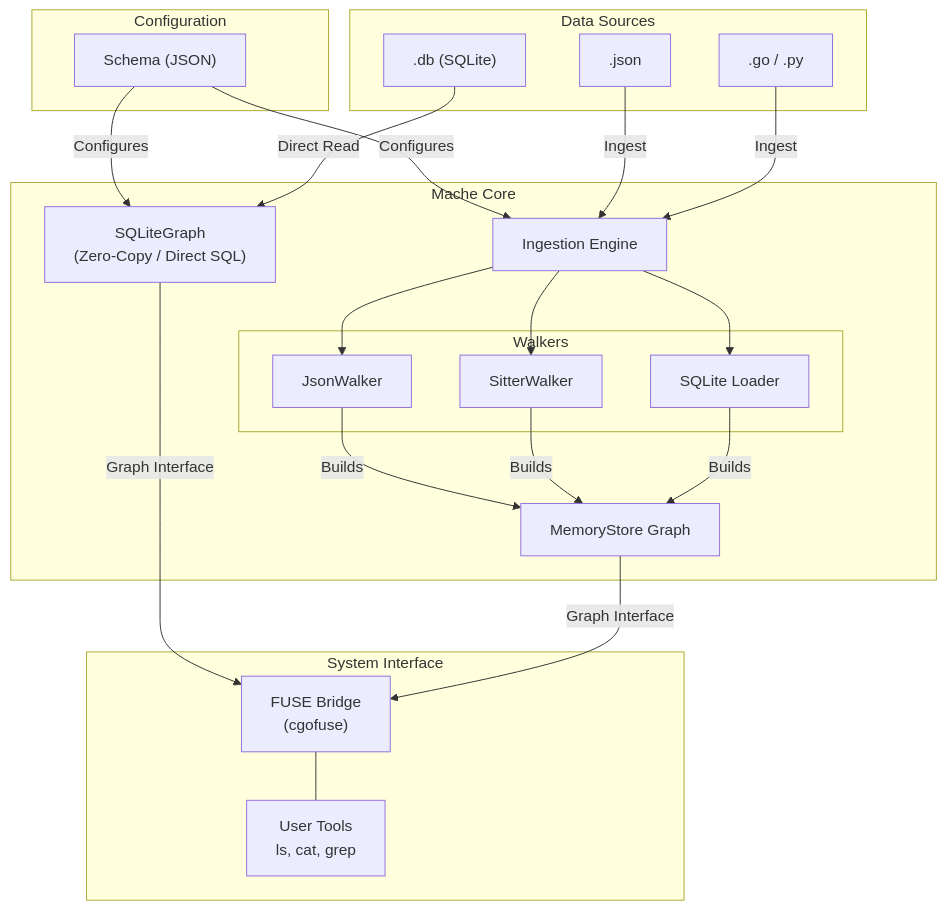
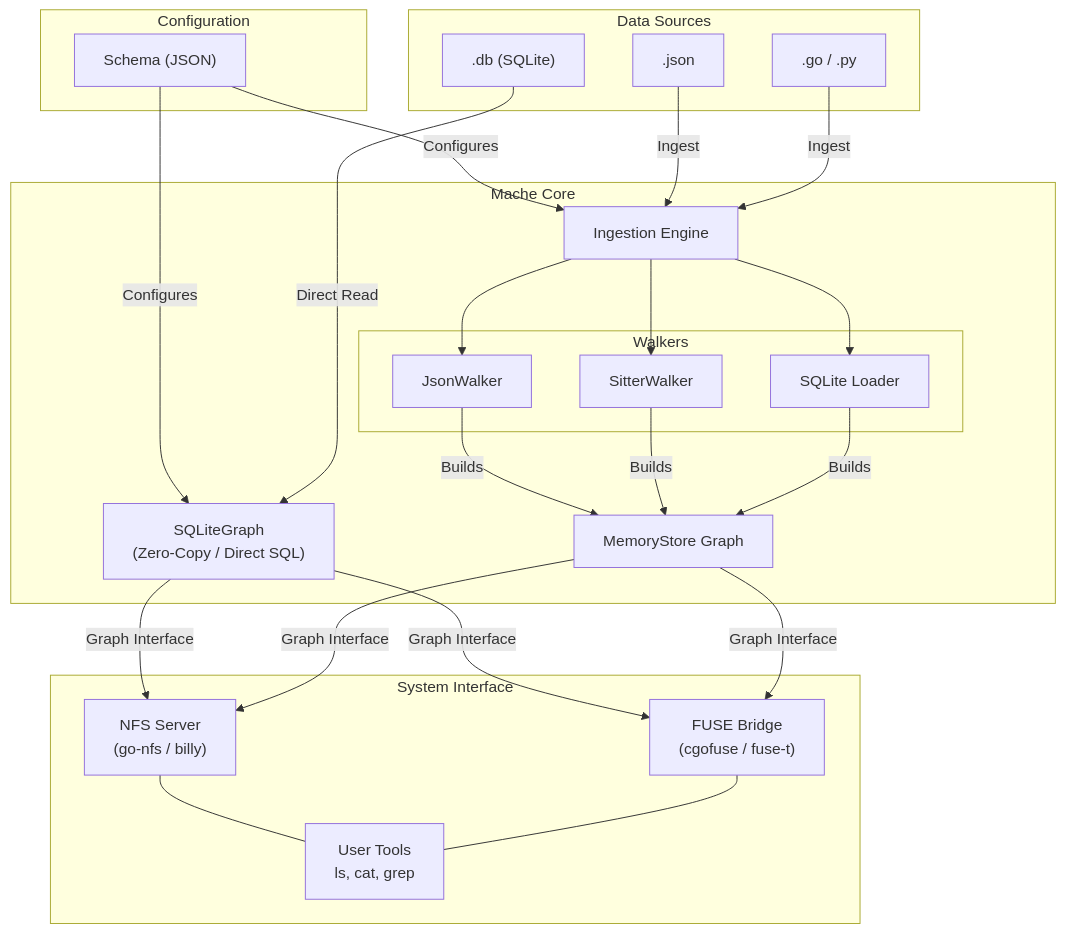
The diagram in docs/ARCHITECTURE.md (agentic-research/mache), drawn with Mermaid before and after one commit. The commit also changed other lines of this file and 7 other files, not shown here.

````diff
--- a/docs/ARCHITECTURE.md
+++ b/docs/ARCHITECTURE.md
@@ -5,50 +5,54 @@
 ```mermaid
 graph TD
     subgraph Configuration
         Schema["Schema (JSON)"]
     end
 
     subgraph "Data Sources"
         SQLiteFile[".db (SQLite)"]
         FlatFile[".json"]
         SourceCode[".go / .py"]
     end
 
     subgraph "Mache Core"
         SQLiteGraph["SQLiteGraph<br/>(Zero-Copy / Direct SQL)"]
         Engine[Ingestion Engine]
 
         subgraph "Walkers"
             JW[JsonWalker]
             SW[SitterWalker]
             SL[SQLite Loader]
         end
 
         MemoryStore["MemoryStore Graph"]
     end
 
     subgraph "System Interface"
-        FUSE["FUSE Bridge<br/>(cgofuse)"]
+        NFS["NFS Server<br/>(go-nfs / billy)"]
+        FUSE["FUSE Bridge<br/>(cgofuse / fuse-t)"]
         Tools["User Tools<br/>ls, cat, grep"]
     end
 
     Schema -->|Configures| SQLiteGraph
     Schema -->|Configures| Engine
 
     SQLiteFile -->|Direct Read| SQLiteGraph
     FlatFile -->|Ingest| Engine
     SourceCode -->|Ingest| Engine
 
     Engine --> JW
     Engine --> SW
     Engine --> SL
 
     JW -->|Builds| MemoryStore
     SW -->|Builds| MemoryStore
     SL -->|Builds| MemoryStore
 
+    SQLiteGraph -->|Graph Interface| NFS
+    MemoryStore -->|Graph Interface| NFS
     SQLiteGraph -->|Graph Interface| FUSE
     MemoryStore -->|Graph Interface| FUSE
 
+    NFS --- Tools
     FUSE --- Tools
 ```
````
